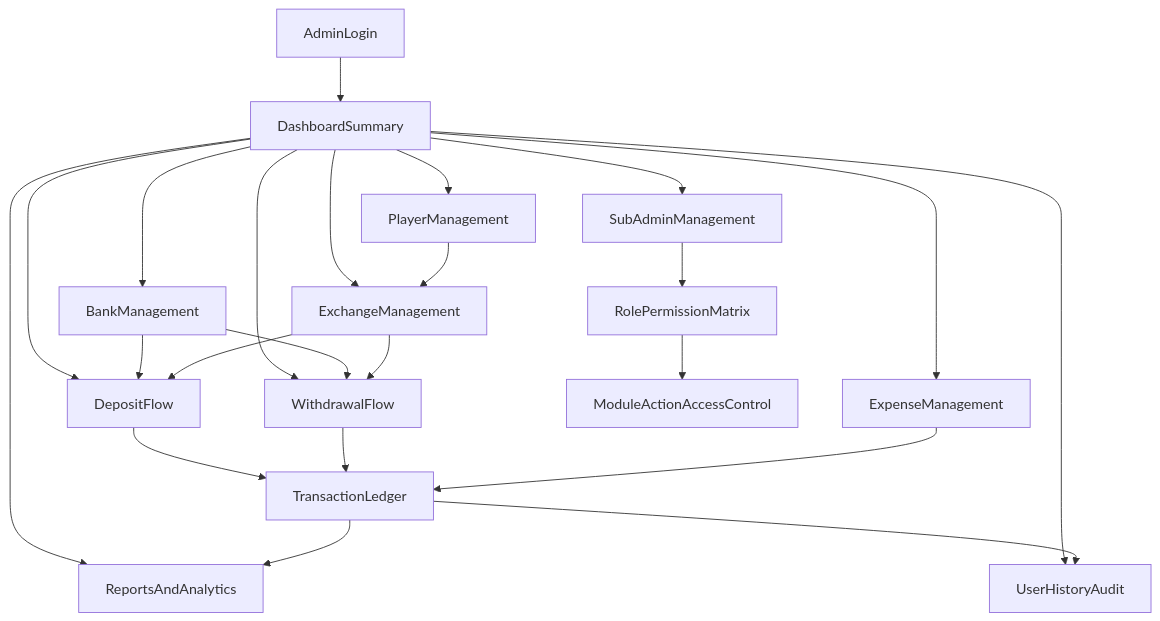
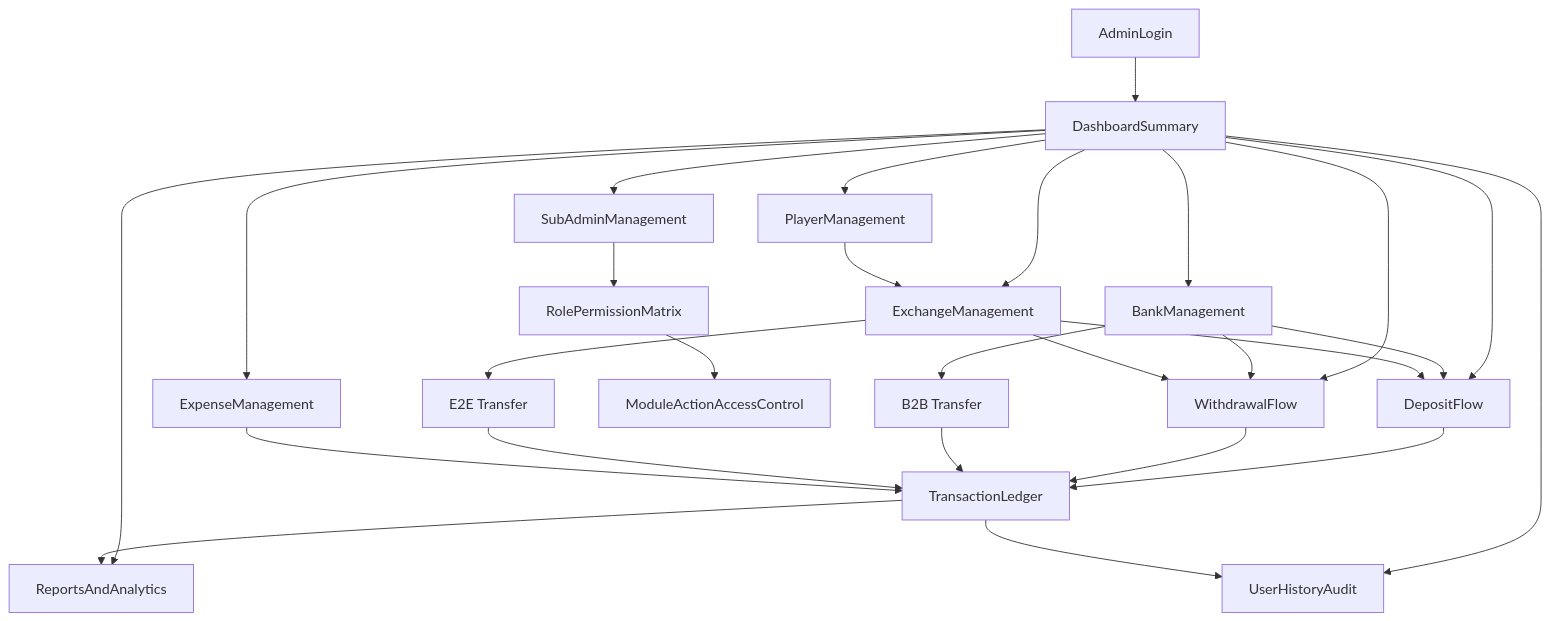
One commit to rvchauhan99/crickierp-api changed the diagram in product-browser-business-flow-plan.md. Above: the diagram before and after it, drawn with Mermaid. The commit also changed other lines of this file and 38 other files, not shown here.

````diff
--- a/product-browser-business-flow-plan.md
+++ b/product-browser-business-flow-plan.md
@@ -68,29 +68,33 @@
 ```mermaid
 flowchart TD
   login[AdminLogin] --> dash[DashboardSummary]
 
   dash --> subAdmin[SubAdminManagement]
   dash --> player[PlayerManagement]
   dash --> bank[BankManagement]
   dash --> exchange[ExchangeManagement]
   dash --> deposit[DepositFlow]
   dash --> withdrawal[WithdrawalFlow]
   dash --> reports[ReportsAndAnalytics]
   dash --> history[UserHistoryAudit]
   dash --> expensives[ExpenseManagement]
 
   subAdmin --> permissions[RolePermissionMatrix]
   permissions --> moduleAccess[ModuleActionAccessControl]
 
   player --> exchange
   bank --> deposit
   bank --> withdrawal
+  bank --> b2b[B2B Transfer]
   exchange --> deposit
   exchange --> withdrawal
+  exchange --> e2e[E2E Transfer]
 
   deposit --> ledger[TransactionLedger]
   withdrawal --> ledger
+  b2b --> ledger
+  e2e --> ledger
   expensives --> ledger
   ledger --> reports
   ledger --> history
 ```
````
